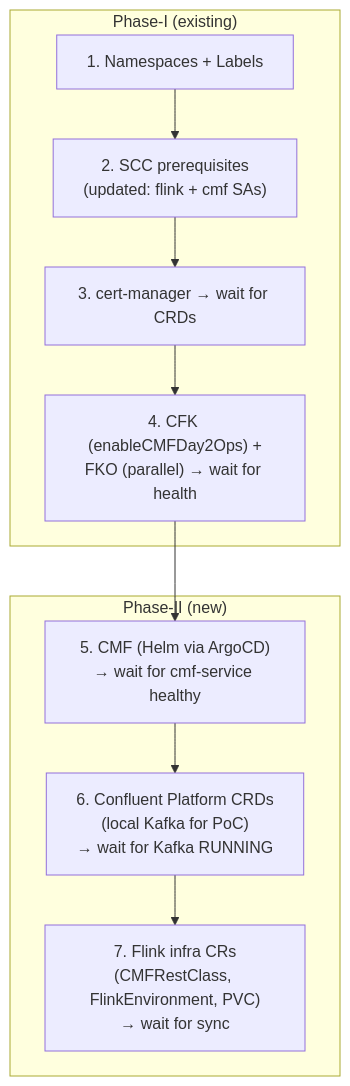
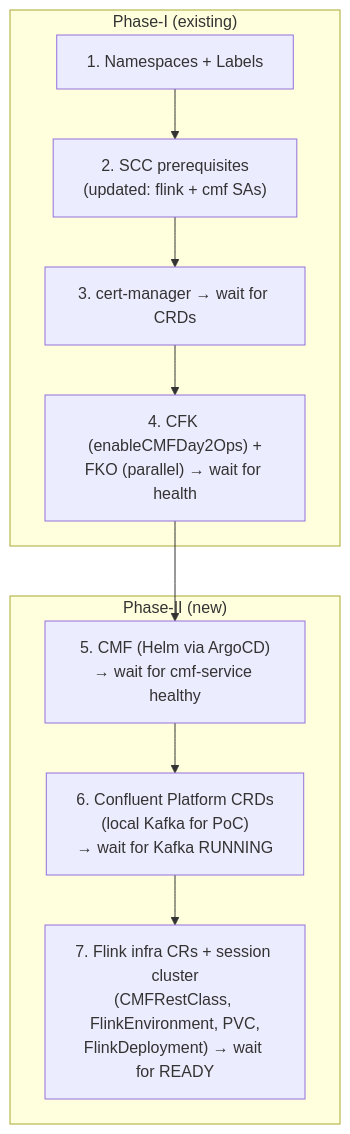
Before and after one commit to aadmassu/flink-on-k8s-with-cp: the third of 3 diagrams in README-PHASE-II.md, drawn with Mermaid. The commit also changed other lines of this file and 23 other files, not shown here.

````diff
--- a/README-PHASE-II.md
+++ b/README-PHASE-II.md
@@ -198,21 +200,21 @@
 ```mermaid
 flowchart TD
     subgraph phase1["Phase-I (existing)"]
         s1["1. Namespaces + Labels"]
         s2["2. SCC prerequisites<br>(updated: flink + cmf SAs)"]
         s3["3. cert-manager → wait for CRDs"]
         s4["4. CFK (enableCMFDay2Ops) +<br>FKO (parallel) → wait for health"]
 
         s1 --> s2 --> s3 --> s4
     end
 
     subgraph phase2["Phase-II (new)"]
         s6["5. CMF (Helm via ArgoCD)<br>→ wait for cmf-service healthy"]
         s7["6. Confluent Platform CRDs<br>(local Kafka for PoC)<br>→ wait for Kafka RUNNING"]
-        s8["7. Flink infra CRs<br>(CMFRestClass, FlinkEnvironment, PVC)<br>→ wait for sync"]
+        s8["7. Flink infra CRs + session cluster<br>(CMFRestClass, FlinkEnvironment, PVC,<br>FlinkDeployment) → wait for READY"]
 
         s6 --> s7 --> s8
     end
 
     s4 --> s6
 ```
````
